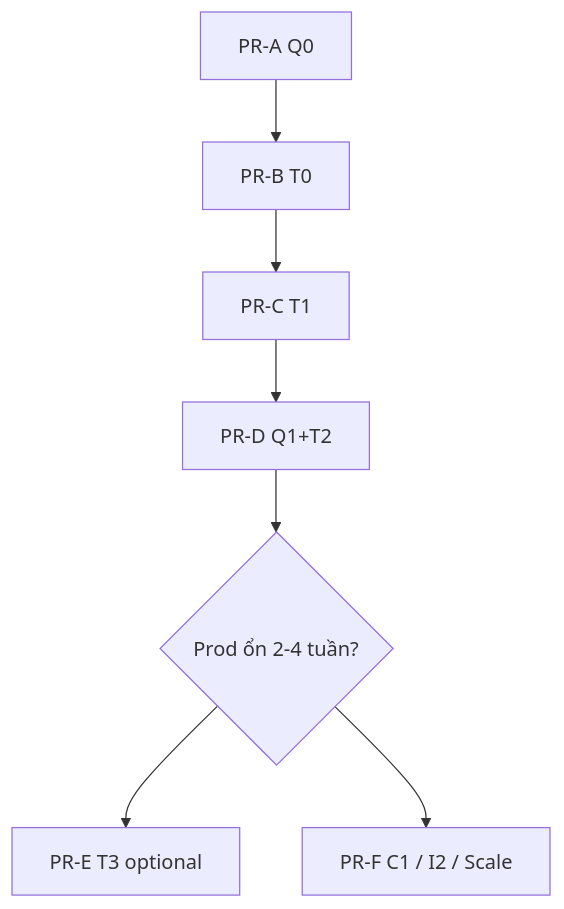
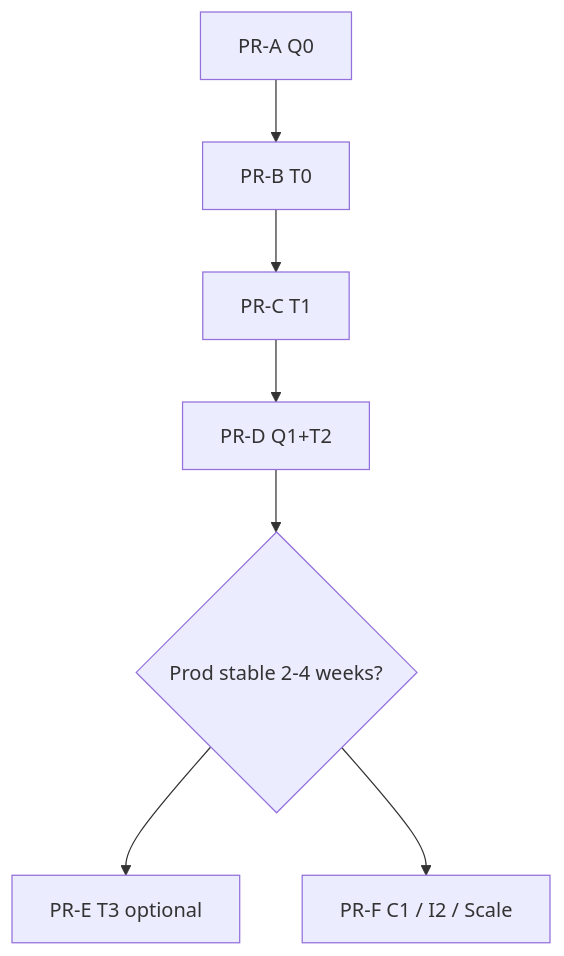
Before and after one commit to lengocanh2005it/messenger-ai-for-student: the diagram in apps/messenger-bot/docs/c2-master-implementation-plan.md, drawn with Mermaid. The commit also changed other lines of this file and 25 other files, not shown here.

````diff
--- a/apps/messenger-bot/docs/c2-master-implementation-plan.md
+++ b/apps/messenger-bot/docs/c2-master-implementation-plan.md
@@ -63,9 +63,9 @@
 ```mermaid
 flowchart TD
   PA[PR-A Q0] --> PB[PR-B T0]
   PB --> PC[PR-C T1]
   PC --> PD[PR-D Q1+T2]
-  PD --> Gate{Prod ổn 2-4 tuần?}
+  PD --> Gate{Prod stable 2-4 weeks?}
   Gate --> PE[PR-E T3 optional]
   Gate --> PF[PR-F C1 / I2 / Scale]
 ```
````
